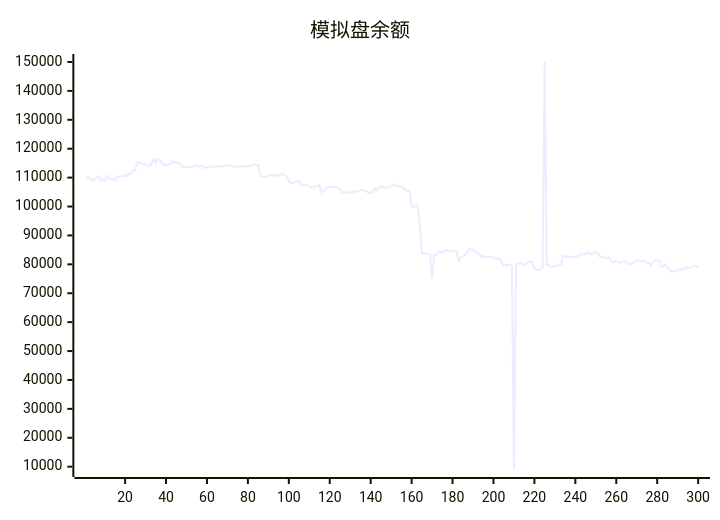
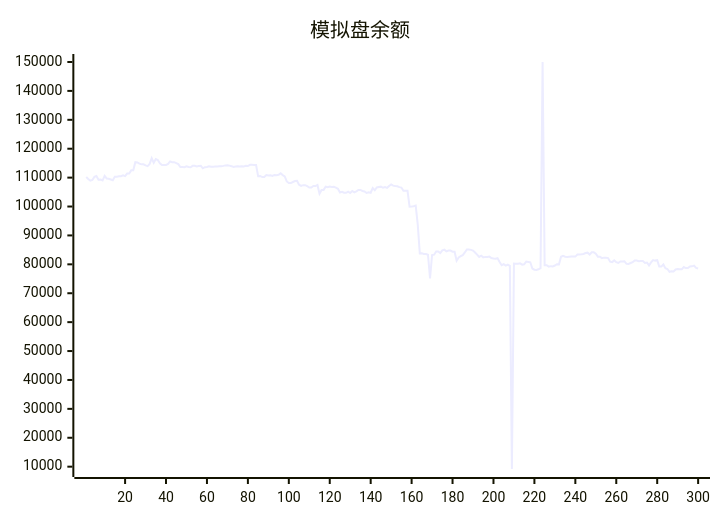
One commit to aahl/ai-trading changed the diagram in README.md. Above: the diagram before and after it, drawn with Mermaid. The commit also changed other lines of this file and 1 other file, not shown here.

````diff
--- a/README.md
+++ b/README.md
@@ -5,5 +5,5 @@
 ```mermaid
 xychart
     title "模拟盘余额"
-    line [109419,110224,109539,108945,109172,110262,110546,109304,109343,109053,110606,109702,109584,109337,109071,110342,110342,110488,110488,110814,110531,111421,111421,112518,112522,115341,115266,114830,114584,114588,114231,113973,114726,116697,115160,116423,116083,114950,114365,114365,114388,114730,115582,115358,115358,115032,114686,113688,113688,113610,113930,113672,113585,114083,114074,113840,113996,114051,113208,113593,113701,113901,113794,113784,113810,113848,113927,113929,114064,114232,114293,114144,113960,113698,113853,113942,113812,113908,113877,114091,113998,114427,114422,114384,114384,110477,110576,110198,110198,110890,110712,110812,110569,110929,110847,110968,111478,110870,110433,108661,108116,108115,108485,108797,108877,107536,107134,107393,107393,107046,106565,106565,107081,107081,107478,104404,105715,105749,106866,106651,106889,106771,106816,106565,106141,104876,105103,104796,104734,105169,104690,105380,104941,105272,105709,105739,105374,105227,104691,104924,104762,106364,105628,106608,106748,106872,106485,106721,106468,107132,107620,107224,107080,107001,106717,106567,105431,105431,105440,99950,100017,100113,100337,93749,83795,83807,83567,83567,83342,75168,83222,83336,84448,84449,83896,84839,85065,84499,84757,84757,84364,84347,81254,82385,82835,83184,84099,85150,85150,85002,84751,84096,83356,82582,82983,82404,82572,82512,82688,82200,82047,81920,82125,80840,79688,80060,79552,79920,79470,9193,80236,80208,80170,80336,79894,80006,80954,80837,80712,78561,78139,78037,78293,78682,150000,79720,79720,79214,79372,79279,79591,80046,79993,82625,82950,82626,82571,82633,82670,82670,82681,83386,83378,83464,83579,83920,84037,83402,84160,84142,83652,82655,82655,82145,82315,82243,82163,80934,80770,81371,80742,80468,80989,80989,81067,80191,80155,80450,80737,81309,81309,81106,81119,81119,80471,80631,79624,80670,81448,81290,81429,79212,79222,79940,78643,78380,77432,77623,77504,78235,78358,78284,78277,79048,78714,78714,79290,79308,79567,78763]
+    line [110224,109539,108945,109172,110262,110546,109304,109343,109053,110606,109702,109584,109337,109071,110342,110342,110488,110488,110814,110531,111421,111421,112518,112522,115341,115266,114830,114584,114588,114231,113973,114726,116697,115160,116423,116083,114950,114365,114365,114388,114730,115582,115358,115358,115032,114686,113688,113688,113610,113930,113672,113585,114083,114074,113840,113996,114051,113208,113593,113701,113901,113794,113784,113810,113848,113927,113929,114064,114232,114293,114144,113960,113698,113853,113942,113812,113908,113877,114091,113998,114427,114422,114384,114384,110477,110576,110198,110198,110890,110712,110812,110569,110929,110847,110968,111478,110870,110433,108661,108116,108115,108485,108797,108877,107536,107134,107393,107393,107046,106565,106565,107081,107081,107478,104404,105715,105749,106866,106651,106889,106771,106816,106565,106141,104876,105103,104796,104734,105169,104690,105380,104941,105272,105709,105739,105374,105227,104691,104924,104762,106364,105628,106608,106748,106872,106485,106721,106468,107132,107620,107224,107080,107001,106717,106567,105431,105431,105440,99950,100017,100113,100337,93749,83795,83807,83567,83567,83342,75168,83222,83336,84448,84449,83896,84839,85065,84499,84757,84757,84364,84347,81254,82385,82835,83184,84099,85150,85150,85002,84751,84096,83356,82582,82983,82404,82572,82512,82688,82200,82047,81920,82125,80840,79688,80060,79552,79920,79470,9193,80236,80208,80170,80336,79894,80006,80954,80837,80712,78561,78139,78037,78293,78682,150000,79720,79720,79214,79372,79279,79591,80046,79993,82625,82950,82626,82571,82633,82670,82670,82681,83386,83378,83464,83579,83920,84037,83402,84160,84142,83652,82655,82655,82145,82315,82243,82163,80934,80770,81371,80742,80468,80989,80989,81067,80191,80155,80450,80737,81309,81309,81106,81119,81119,80471,80631,79624,80670,81448,81290,81429,79212,79222,79940,78643,78380,77432,77623,77504,78235,78358,78284,78277,79048,78714,78714,79290,79308,79567,78763,78563]
 ```
````
